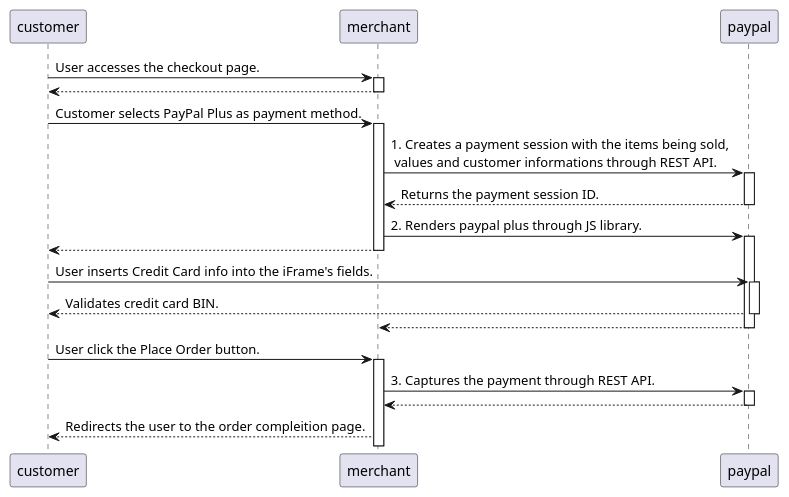
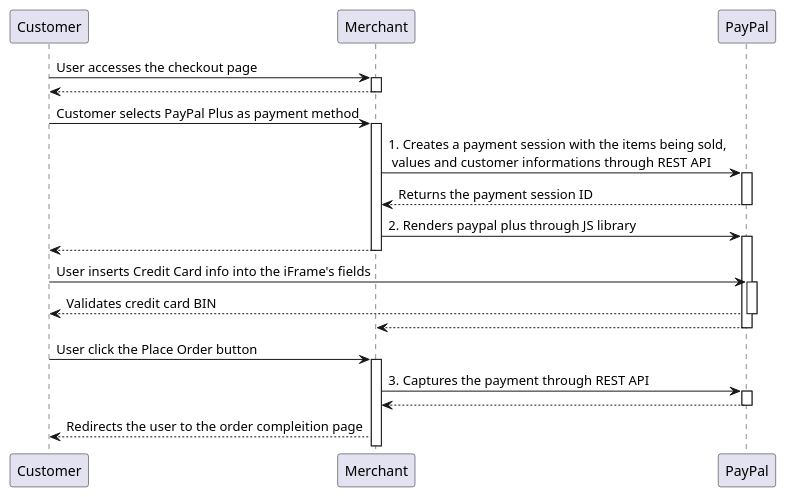
The diagram in puml/sequence/paypal.puml (aw-birdgang/nestjs-api-paypal), drawn with PlantUML before and after one commit. The commit also changed 10 other files, not shown here.

```diff
--- a/puml/sequence/paypal.puml
+++ b/puml/sequence/paypal.puml
@@ -1,46 +1,45 @@
 @startuml
 'https://plantuml.com/sequence-diagram
 
-participant customer
-participant merchant
-participant paypal
+participant Customer
+participant Merchant
+participant PayPal
 
 
+Customer -> Merchant : User accesses the checkout page
+activate Merchant
+Merchant --> Customer
+deactivate Merchant
 
-customer -> merchant : User accesses the checkout page.
-activate merchant
-merchant --> customer
-deactivate merchant
+Customer -> Merchant : Customer selects PayPal Plus as payment method
+activate Merchant
+Merchant -> PayPal : 1. Creates a payment session with the items being sold, \n values and customer informations through REST API
 
-customer -> merchant : Customer selects PayPal Plus as payment method.
-activate merchant
-merchant -> paypal : 1. Creates a payment session with the items being sold, \n values and customer informations through REST API.
+activate PayPal
+PayPal --> Merchant: Returns the payment session ID
+deactivate PayPal
 
-activate paypal
-paypal --> merchant: Returns the payment session ID.
-deactivate paypal
+Merchant -> PayPal : 2. Renders paypal plus through JS library
+activate PayPal
+Merchant --> Customer :
+deactivate Merchant
 
-merchant -> paypal : 2. Renders paypal plus through JS library.
-activate paypal
-merchant --> customer :
-deactivate merchant
-
-customer -> paypal : User inserts Credit Card info into the iFrame's fields.
-activate paypal
-paypal --> customer : Validates credit card BIN.
-deactivate paypal
-paypal --> merchant :
-deactivate paypal
+Customer -> PayPal : User inserts Credit Card info into the iFrame's fields
+activate PayPal
+PayPal --> Customer : Validates credit card BIN
+deactivate PayPal
+PayPal --> Merchant :
+deactivate PayPal
 
 
-customer -> merchant : User click the Place Order button.
-activate merchant
-merchant -> paypal : 3. Captures the payment through REST API.
-activate paypal
-paypal --> merchant
-deactivate paypal
+Customer -> Merchant : User click the Place Order button
+activate Merchant
+Merchant -> PayPal : 3. Captures the payment through REST API
+activate PayPal
+PayPal --> Merchant
+deactivate PayPal
 
-merchant --> customer : Redirects the user to the order compleition page.
-deactivate customer
+Merchant --> Customer : Redirects the user to the order compleition page
+deactivate Customer
 
 @enduml
```
